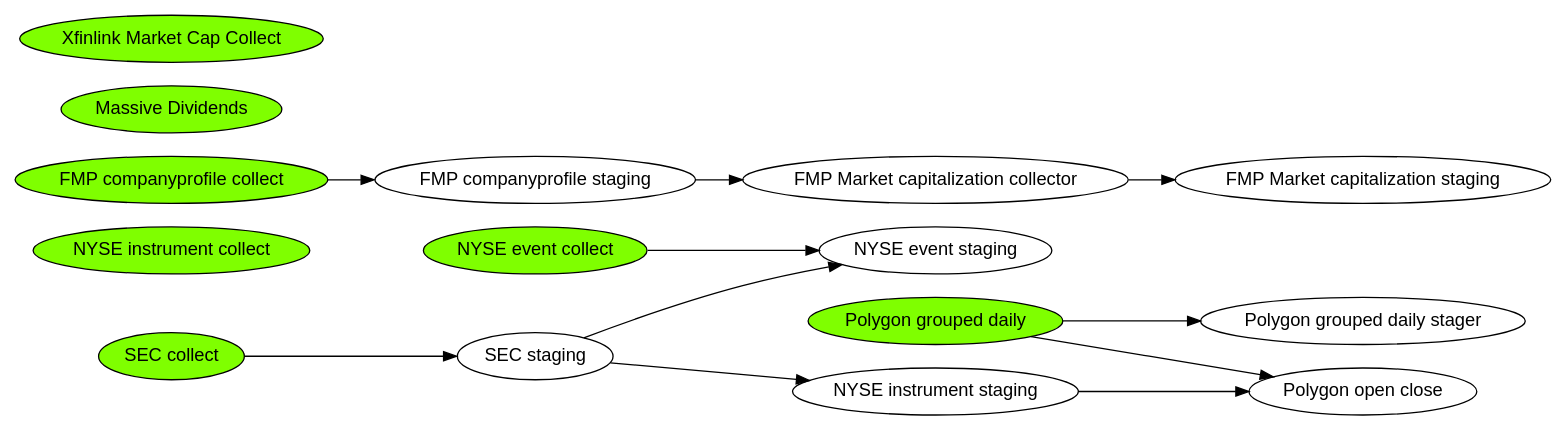
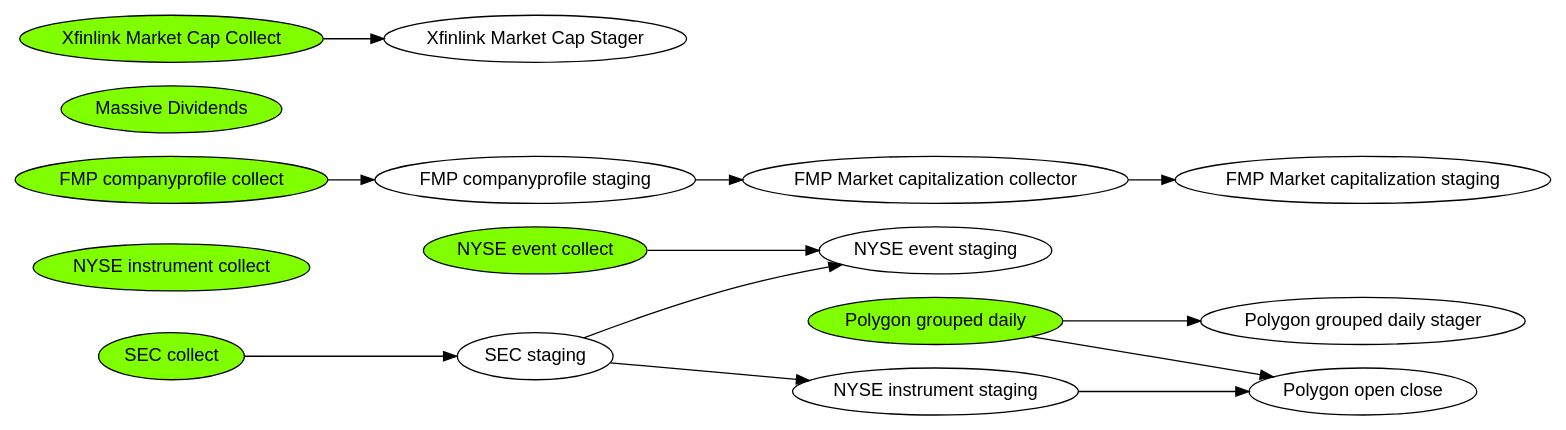
Before and after one commit to dtrosien/data-collector: the diagram in documentation/dependencies.dot, drawn with Graphviz. The commit also changed 15 other files, not shown here.

Commit message:
Add xfinlink stager

```diff
--- a/documentation/dependencies.dot
+++ b/documentation/dependencies.dot
@@ -1,34 +1,36 @@
 digraph regexp { 
  fontname="Helvetica,Arial,sans-serif"
  node [fontname="Helvetica,Arial,sans-serif"]
  rankdir="LR";
  NyseEventsCollect      [label="NYSE event collect", style=filled, fillcolor=chartreuse];
  n1                     [label="NYSE event staging"];
  NyseInstrumentsCollect [label="NYSE instrument collect", style=filled, fillcolor=chartreuse];
  NyseInstrumentsStage   [label="NYSE instrument staging"];
  SecCompaniesCollect    [label="SEC collect", style=filled, fillcolor=chartreuse];
  SecCompaniesStage      [label="SEC staging"];
  PolygonGroupedDaily    [label="Polygon grouped daily", style=filled, fillcolor=chartreuse];
  PolygonGroupedDailyStager [label="Polygon grouped daily stager"];
  PolygonOpenClose       [label="Polygon open close"];
  FinmodCompanyProfile   [label="FMP companyprofile collect" style=filled, fillcolor=chartreuse];
  FinmodCompanyProfileStage   [label="FMP companyprofile staging"];
  FinmodCompanyMarketCap [label="FMP Market capitalization collector"]
  FinmodCompanyMarketCapStage [label="FMP Market capitalization staging"]
  MassiveDividends       [label="Massive Dividends", style=filled, fillcolor=chartreuse]
  XfinlinkMarketCapCollect [label="Xfinlink Market Cap Collect", style=filled, fillcolor=chartreuse]
+ XfinlinkMarketCapStager [label="Xfinlink Market Cap Stager"]
 
  NyseEventsCollect -> n1
  //NyseInstrumentsCollect -> NyseInstrumentsStage
  SecCompaniesCollect -> SecCompaniesStage
  SecCompaniesStage -> NyseInstrumentsStage
  SecCompaniesStage -> n1
  PolygonGroupedDaily -> PolygonOpenClose
  PolygonGroupedDaily -> PolygonGroupedDailyStager
  NyseInstrumentsStage -> PolygonOpenClose
  FinmodCompanyProfile -> FinmodCompanyProfileStage
  FinmodCompanyProfileStage -> FinmodCompanyMarketCap
  FinmodCompanyMarketCap -> FinmodCompanyMarketCapStage
+ XfinlinkMarketCapCollect -> XfinlinkMarketCapStager
  }
 //sudo apt install graphviz
 //dot -Tsvg dependencies.dot > output.svg
```
